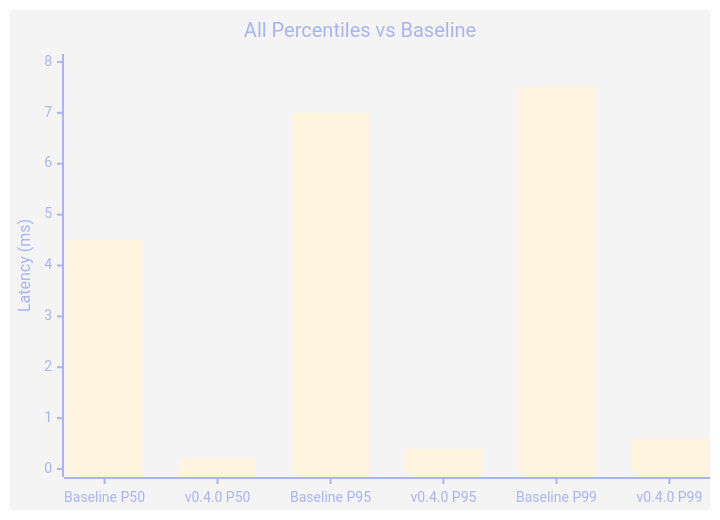
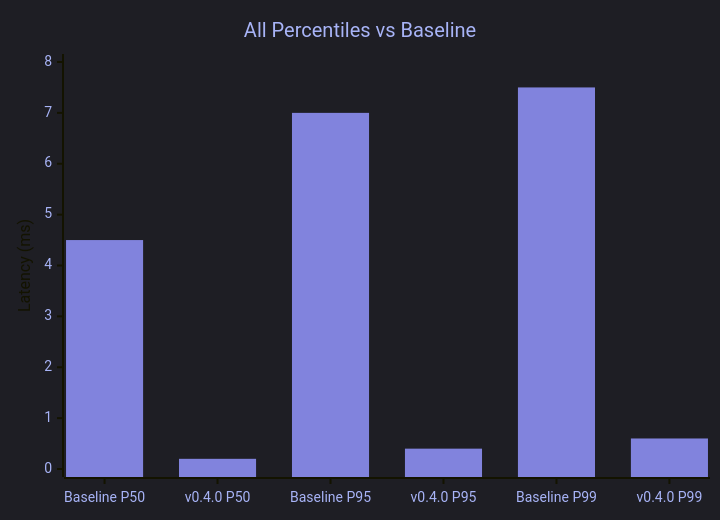
One commit to Oculusnoob/vesper-memory changed the fifth of 8 diagrams in benchmarks/charts.md. Above: the diagram before and after it, drawn with Mermaid. The commit also changed other lines of this file, not shown here.

First line of the commit message:
Fix Mermaid charts for dark mode compatibility

````diff
--- a/benchmarks/charts.md
+++ b/benchmarks/charts.md
@@ -72,8 +72,8 @@
 ```mermaid
-%%{init: {'theme':'base', 'themeVariables': { 'primaryColor':'#8183dd', 'primaryTextColor':'#a8b4f7', 'primaryBorderColor':'#6365e7'}}}%%
+%%{init: {'theme':'dark', 'themeVariables': { 'xyChart': {'backgroundColor':'transparent', 'titleColor':'#a8b4f7', 'xAxisLabelColor':'#a8b4f7', 'yAxisLabelColor':'#a8b4f7', 'plotColorPalette':'#8183dd'}}}}%%
 xychart-beta
     title "All Percentiles vs Baseline"
     x-axis ["Baseline P50", "v0.4.0 P50", "Baseline P95", "v0.4.0 P95", "Baseline P99", "v0.4.0 P99"]
     y-axis "Latency (ms)" 0 --> 8
     bar "Latency" [4.5, 0.2, 7.0, 0.4, 7.5, 0.6]
 ```
````
